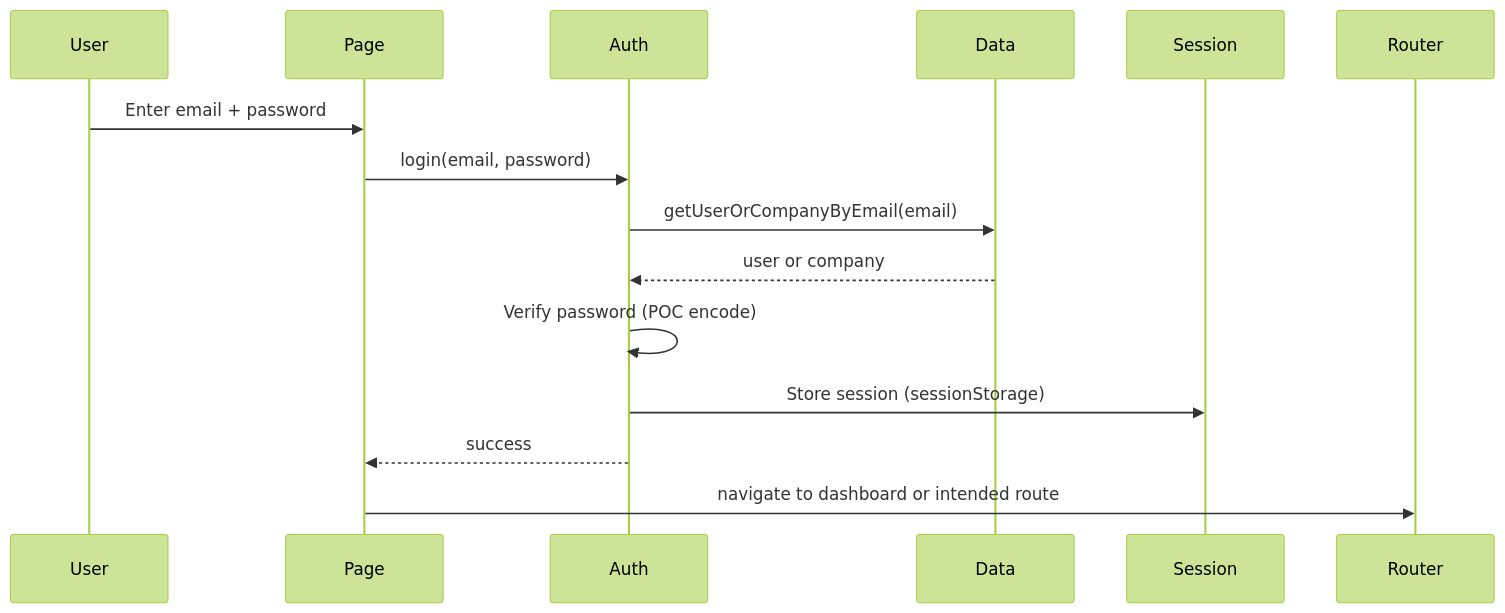
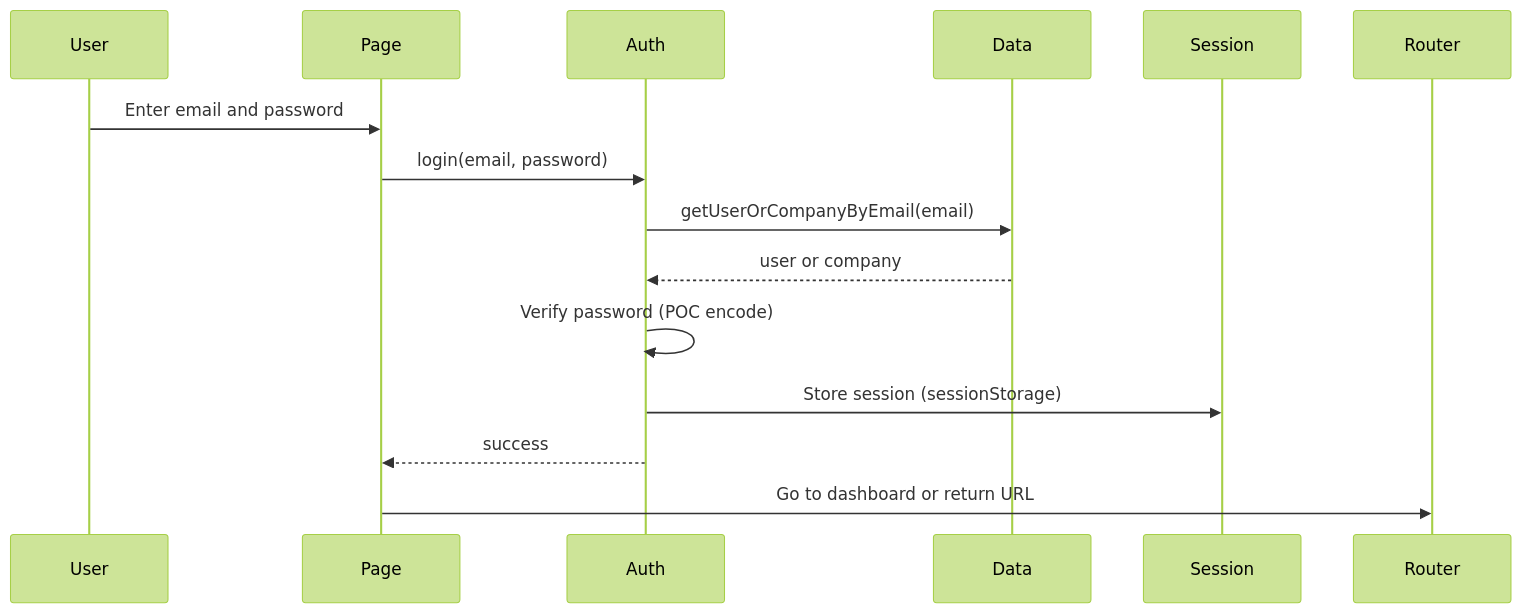
One commit to Mabdelmofdy/PMtwin1 changed the second of 2 diagrams in docs/workflow/user-workflow.md. Above: the diagram before and after it, drawn with Mermaid (forest theme). The commit also changed other lines of this file and 681 other files, not shown here.

````diff
--- a/docs/workflow/user-workflow.md
+++ b/docs/workflow/user-workflow.md
@@ -47,11 +77,11 @@
 ```mermaid
 sequenceDiagram
-  User->>Page: Enter email + password
+  User->>Page: Enter email and password
   Page->>Auth: login(email, password)
   Auth->>Data: getUserOrCompanyByEmail(email)
   Data-->>Auth: user or company
   Auth->>Auth: Verify password (POC encode)
   Auth->>Session: Store session (sessionStorage)
   Auth-->>Page: success
-  Page->>Router: navigate to dashboard or intended route
+  Page->>Router: Go to dashboard or return URL
 ```
````
